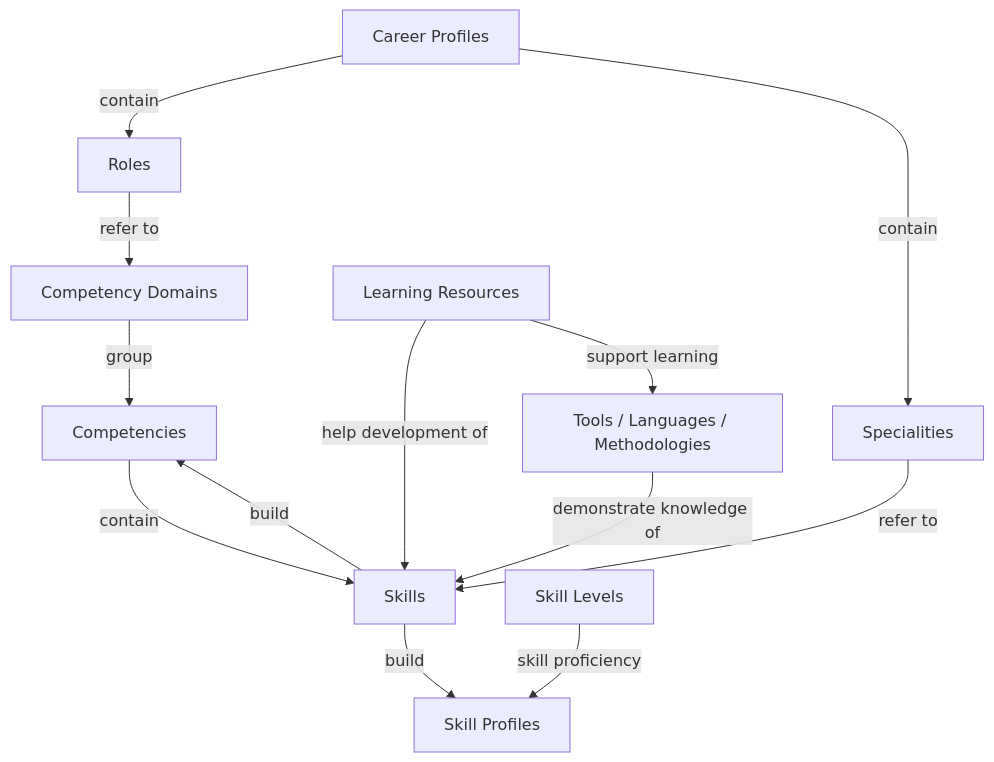
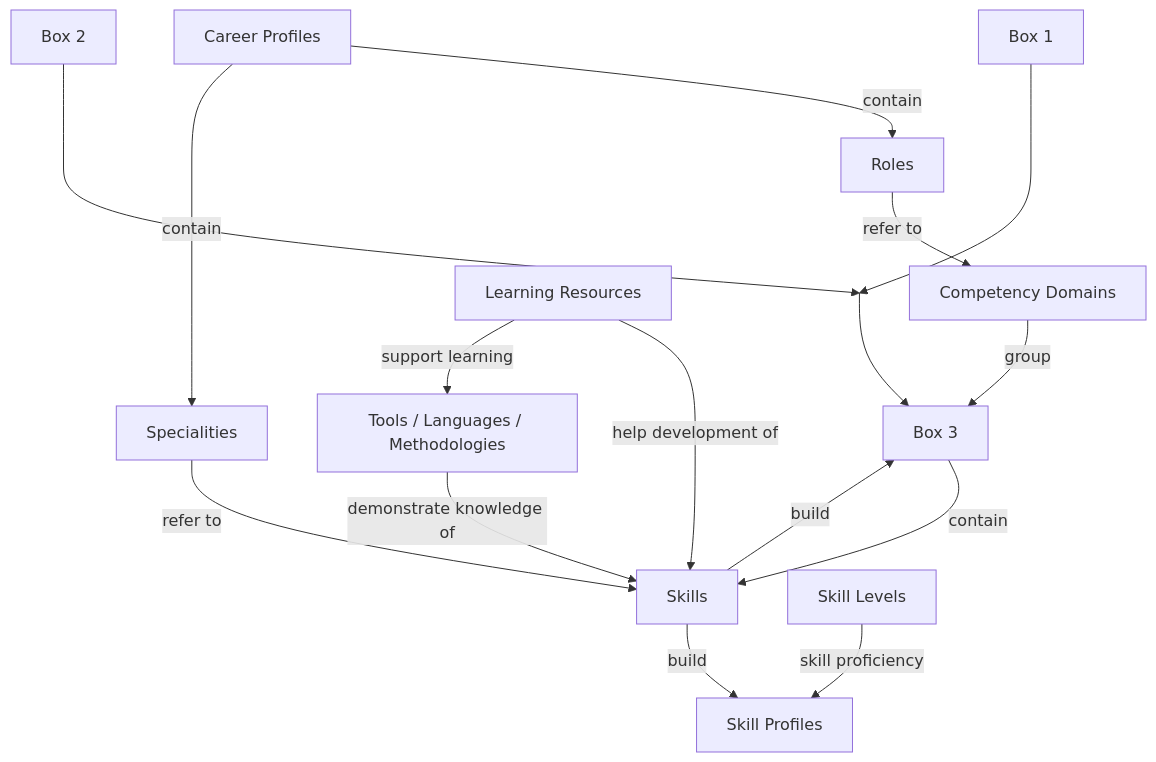
One commit to direct-framework/digital-research-competencies-framework changed the diagram in framework/framework-diagram.md. Above: the diagram before and after it, drawn with Mermaid.

Commit message:
Update framework diagram with new elements
Added new boxes and connections to the framework diagram.

````diff
--- a/framework/framework-diagram.md
+++ b/framework/framework-diagram.md
@@ -12,27 +12,32 @@
 ```mermaid
 flowchart TD
 CD[Competency Domains]
 C[Competencies]
 Sk[Skills]
 SL[Skill Levels]
 TLM[Tools / Languages / Methodologies]
 LR[Learning Resources]
 R[Roles]
 Spec[Specialities]
 CP[Career Profiles]
 SP[Skill Profiles]
 
-
 CD -- group --> C
 C -- contain --> Sk
 Sk -- build --> C
 TLM -- demonstrate knowledge of --> Sk
 LR -- help development of --> Sk
 LR -- support learning --> TLM
 CP -- contain --> R
 CP -- contain --> Spec
 R -- refer to --> CD
 Spec -- refer to --> Sk
 Sk -- build --> SP
 SL -- skill proficiency --> SP
+
+A[Box 1] ---> J:::invisible
+B[Box 2] ---> J
+J --> C[Box 3]
+
+classDef invisible display:none;
 ```
````
